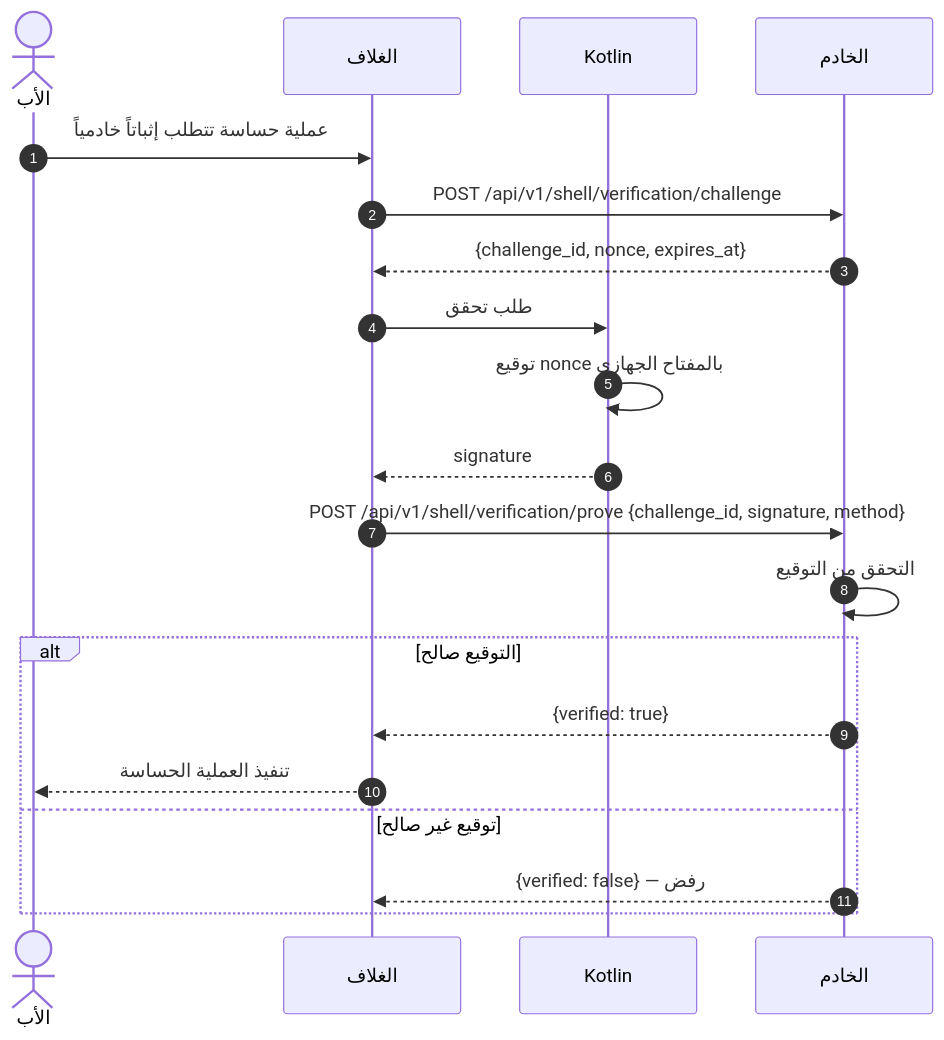
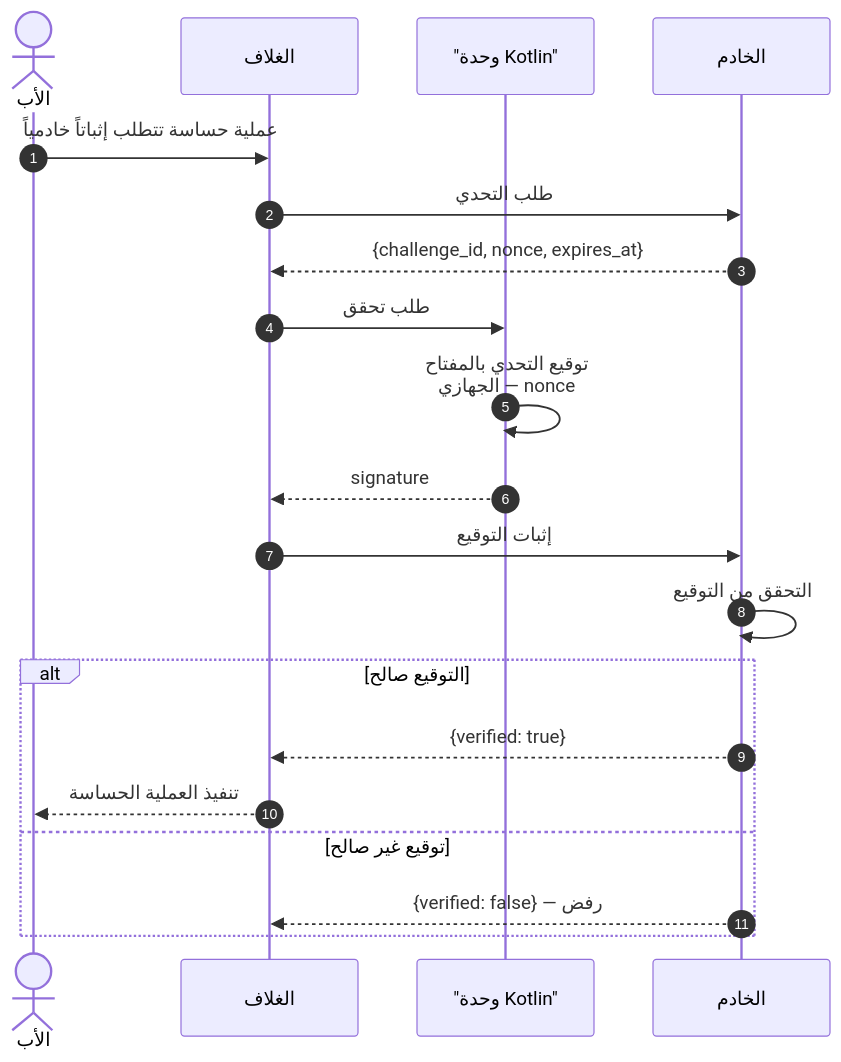
The eighth of 26 diagrams in docs/family-os/governance/phases/phase-1/S1-01-app-shell-and-platform/DIAGRAMS.md (Bassam-mohammed-alqaeadi/family-os-v2), drawn with Mermaid before and after one commit. The commit also changed other lines of this file, not shown here.

````diff
--- a/docs/family-os/governance/phases/phase-1/S1-01-app-shell-and-platform/DIAGRAMS.md
+++ b/docs/family-os/governance/phases/phase-1/S1-01-app-shell-and-platform/DIAGRAMS.md
@@ -357,22 +368,23 @@
 ```mermaid
+%%{init: {"sequence": {"wrap": true}}}%%
 sequenceDiagram
     autonumber
     actor Father as الأب
     participant Shell as الغلاف
-    participant K as Kotlin
+    participant K as "وحدة Kotlin"
     participant Ktor as الخادم
     Father->>Shell: عملية حساسة تتطلب إثباتاً خادمياً
-    Shell->>Ktor: POST /api/v1/shell/verification/challenge
+    Shell->>Ktor: طلب التحدي
     Ktor-->>Shell: {challenge_id, nonce, expires_at}
     Shell->>K: طلب تحقق
-    K->>K: توقيع nonce بالمفتاح الجهازي
+    K->>K: توقيع التحدي بالمفتاح الجهازي — nonce
     K-->>Shell: signature
-    Shell->>Ktor: POST /api/v1/shell/verification/prove {challenge_id, signature, method}
+    Shell->>Ktor: إثبات التوقيع
     Ktor->>Ktor: التحقق من التوقيع
     alt التوقيع صالح
         Ktor-->>Shell: {verified: true}
         Shell-->>Father: تنفيذ العملية الحساسة
     else توقيع غير صالح
         Ktor-->>Shell: {verified: false} — رفض
     end
 ```
````
